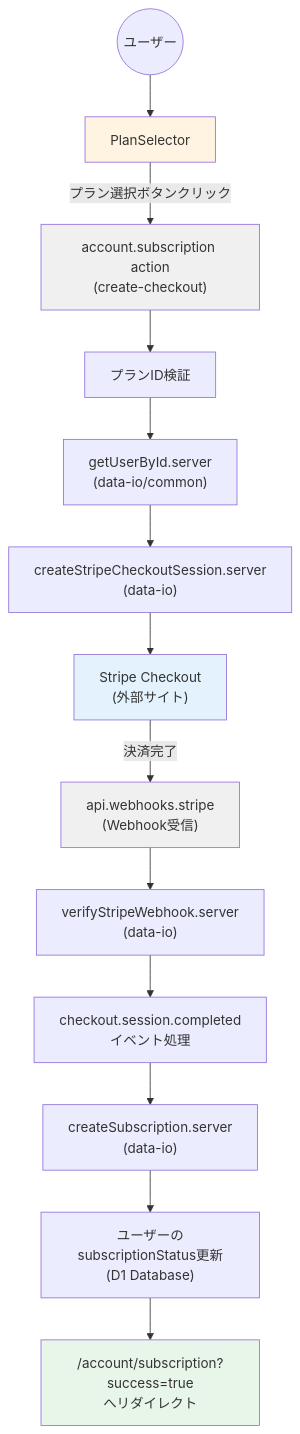
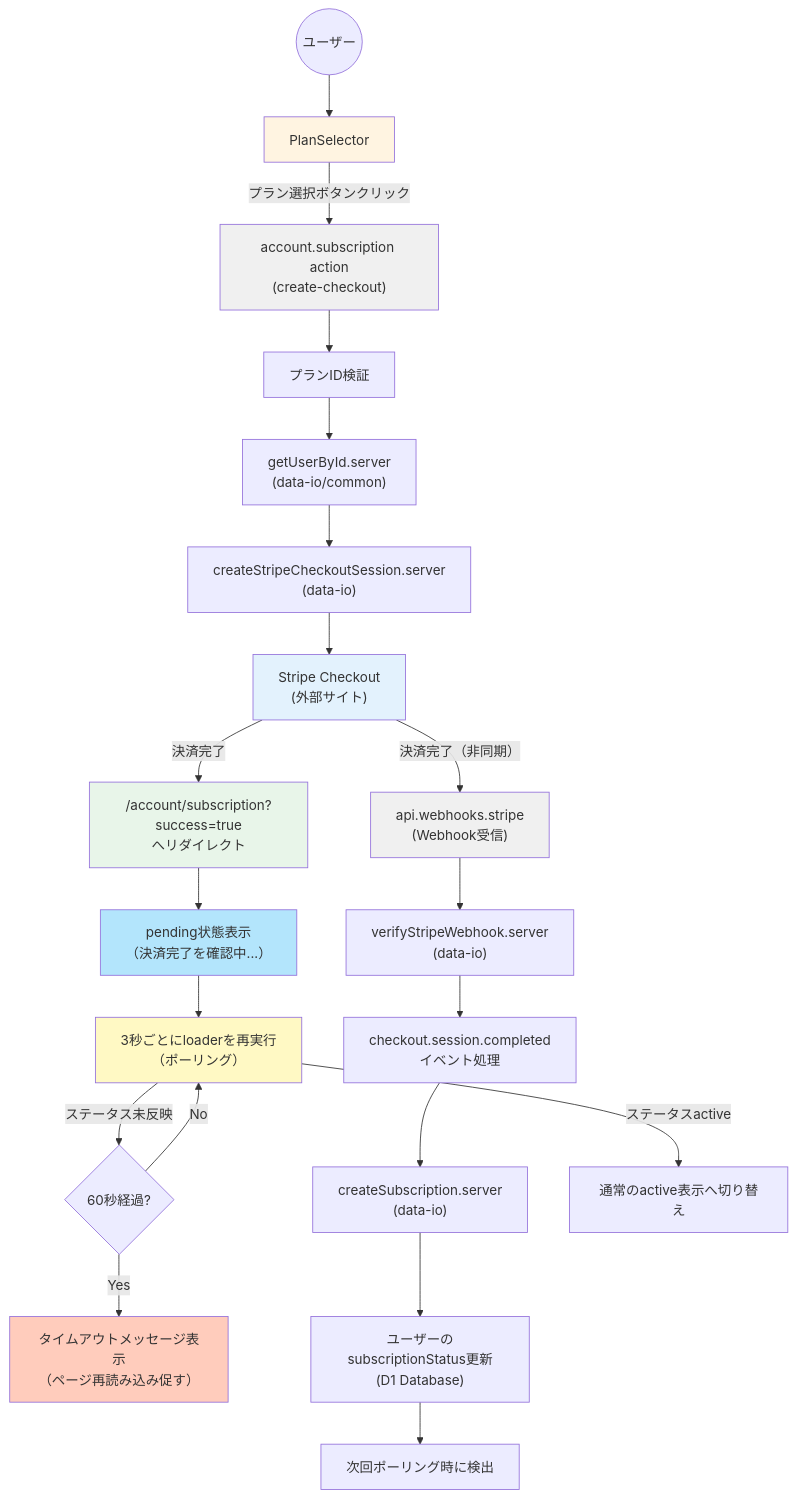
The first of 19 diagrams in develop/account/subscription/data-flow-diagram.md (tezuka-Akihiro/ClaudeMix), drawn with Mermaid before and after one commit. The commit also changed 5 other files, not shown here.

````diff
--- a/develop/account/subscription/data-flow-diagram.md
+++ b/develop/account/subscription/data-flow-diagram.md
@@ -13,23 +13,35 @@
 ```mermaid
 graph TD
     User((ユーザー)) --> PlanSelector["PlanSelector"]
     PlanSelector -- "プラン選択ボタンクリック" --> Action["account.subscription action<br/>(create-checkout)"]
 
     Action --> ValidatePlan["プランID検証"]
     ValidatePlan --> GetUser["getUserById.server<br/>(data-io/common)"]
     GetUser --> CreateCheckout["createStripeCheckoutSession.server<br/>(data-io)"]
     CreateCheckout --> StripeCheckout["Stripe Checkout<br/>(外部サイト)"]
 
-    StripeCheckout -- "決済完了" --> Webhook["api.webhooks.stripe<br/>(Webhook受信)"]
+    StripeCheckout -- "決済完了" --> Redirect["/account/subscription?success=true<br/>へリダイレクト"]
+    Redirect --> PendingState["pending状態表示<br/>（決済完了を確認中...）"]
+    PendingState --> Polling["3秒ごとにloaderを再実行<br/>（ポーリング）"]
+    Polling -- "ステータス未反映" --> Timeout{"60秒経過?"}
+    Timeout -- "No" --> Polling
+    Timeout -- "Yes" --> TimeoutMsg["タイムアウトメッセージ表示<br/>（ページ再読み込み促す）"]
+
+    StripeCheckout -- "決済完了（非同期）" --> Webhook["api.webhooks.stripe<br/>(Webhook受信)"]
     Webhook --> VerifySignature["verifyStripeWebhook.server<br/>(data-io)"]
     VerifySignature --> HandleEvent["checkout.session.completed<br/>イベント処理"]
     HandleEvent --> CreateSub["createSubscription.server<br/>(data-io)"]
     CreateSub --> UpdateUser["ユーザーのsubscriptionStatus更新<br/>(D1 Database)"]
-    UpdateUser --> Redirect["/account/subscription?success=true<br/>へリダイレクト"]
+    UpdateUser --> PollingDetect["次回ポーリング時に検出"]
+
+    Polling -- "ステータスactive" --> ActiveState["通常のactive表示へ切り替え"]
 
     style PlanSelector fill:#fff4e1
     style Action fill:#f0f0f0
     style StripeCheckout fill:#e3f2fd
     style Webhook fill:#f0f0f0
     style Redirect fill:#e8f5e9
+    style PendingState fill:#b3e5fc
+    style Polling fill:#fff9c4
+    style TimeoutMsg fill:#ffccbc
 ```
````
